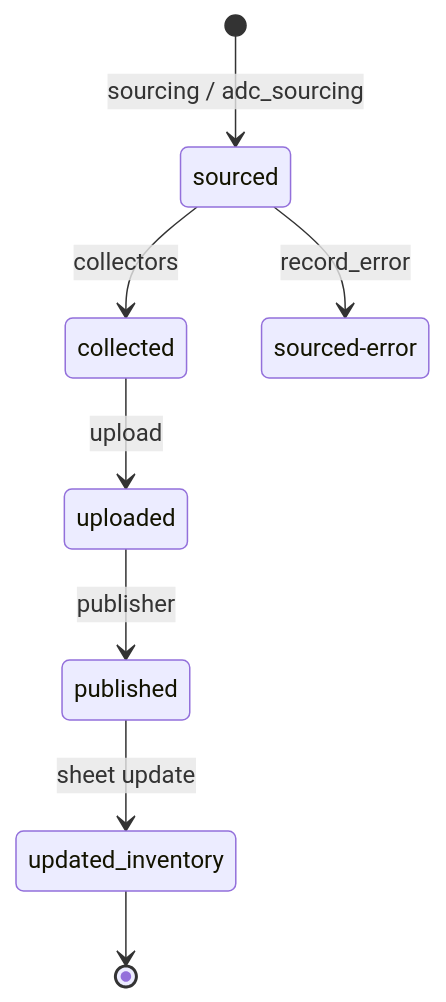
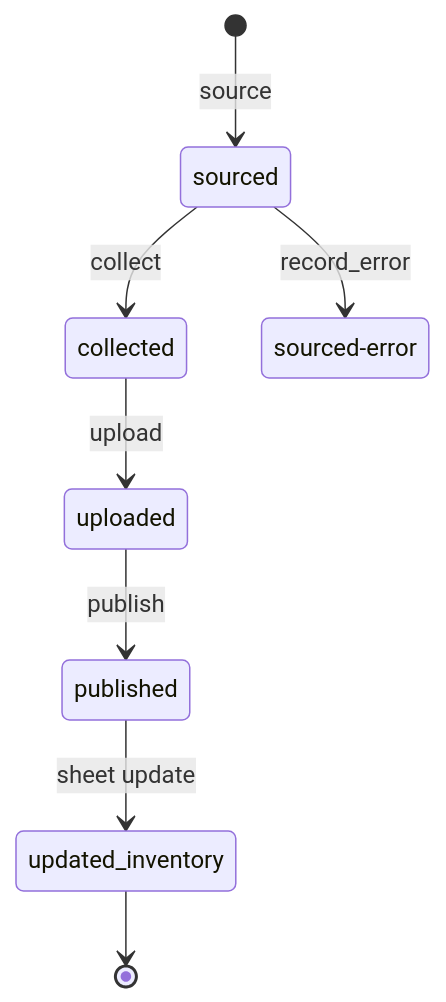
One commit to mkraley/DRPPipeline changed the second of 6 diagrams in docs/Status.md. Above: the diagram before and after it, drawn with Mermaid. The commit also changed other lines of this file and 48 other files, not shown here.

````diff
--- a/docs/Status.md
+++ b/docs/Status.md
@@ -117,11 +116,11 @@
 ```mermaid
 stateDiagram-v2
-  [*] --> sourced: sourcing / adc_sourcing
-  sourced --> collected: collectors
+  [*] --> sourced: source
+  sourced --> collected: collect
   sourced --> sourced_error: record_error
   sourced_error: sourced-error
   collected --> uploaded: upload
-  uploaded --> published: publisher
+  uploaded --> published: publish
   published --> updated_inventory: sheet update
   updated_inventory --> [*]
 ```
````
